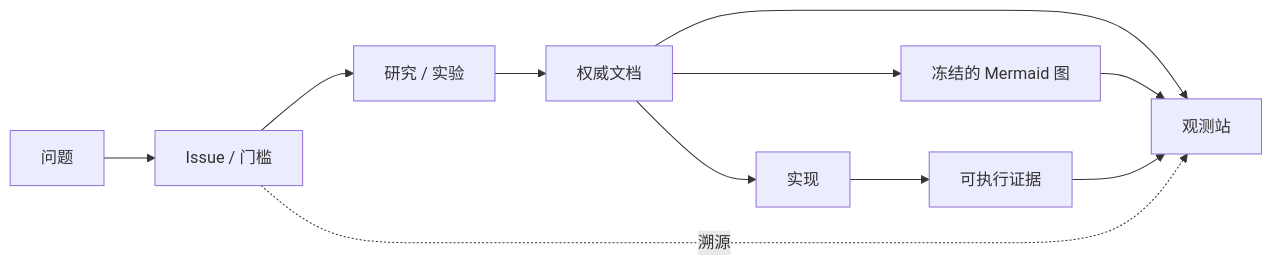
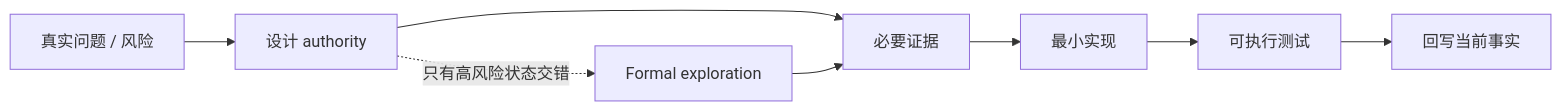
One commit to jnhu76/qianqian changed the diagram in website/control/roadmap.md. Above: the diagram before and after it, drawn with Mermaid. The commit also changed other lines of this file and 25 other files, not shown here.

First line of the commit message:
architecture: reconcile playback authority surfaces with ADR-PBK-001 (#80)

````diff
--- a/website/control/roadmap.md
+++ b/website/control/roadmap.md
@@ -58,13 +84,11 @@
 ```mermaid
 flowchart LR
-    Q["问题"] --> I["Issue / 门槛"]
-    I --> R["研究 / 实验"]
-    R --> D["权威文档"]
-    D --> G["冻结的 Mermaid 图"]
-    D --> C["实现"]
-    C --> T["可执行证据"]
-    D --> W["观测站"]
-    G --> W
-    T --> W
-    I -. 溯源 .-> W
+    Q["真实问题 / 风险"] --> D["设计 authority"]
+    D --> E["必要证据"]
+    E --> C["最小实现"]
+    C --> T["可执行测试"]
+    T --> R["回写当前事实"]
+
+    D -.->|"只有高风险状态交错"| F["Formal exploration"]
+    F --> E
 ```
````
